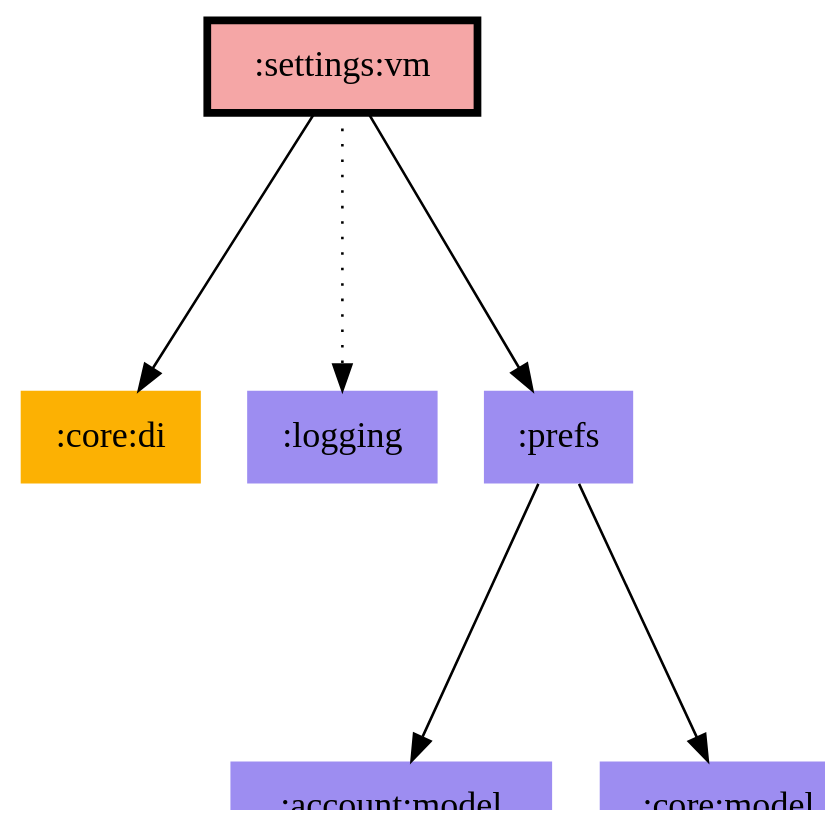
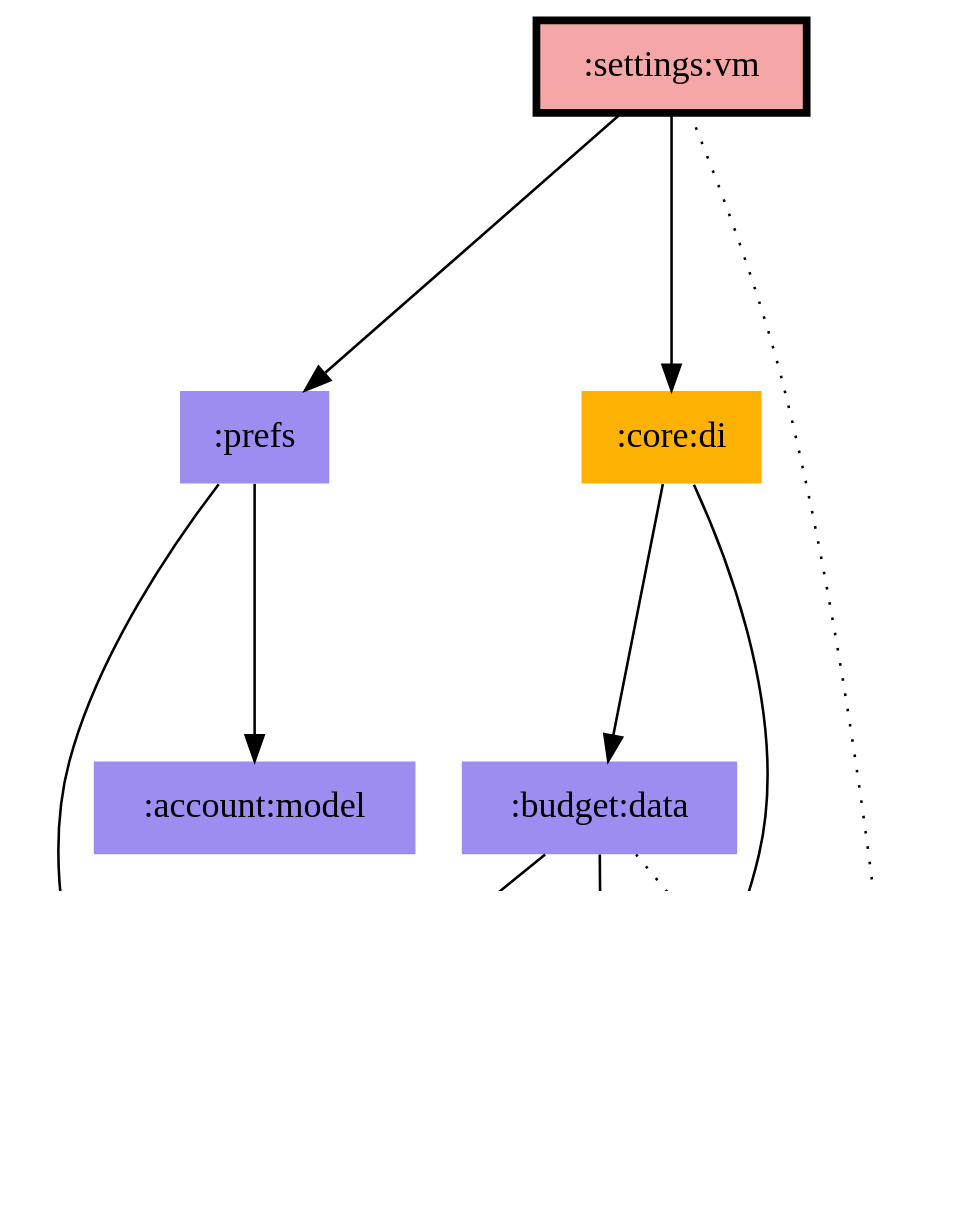
The diagram in modules/settings/vm/modules.dot (jonapoul/aktual), drawn with Graphviz before and after one commit. The commit also changed 101 other files, not shown here.

Commit message:
budget:di -> core:di

```diff
--- a/modules/settings/vm/modules.dot
+++ b/modules/settings/vm/modules.dot
@@ -1,16 +1,23 @@
 digraph {
 edge ["dir"="forward"]
 graph ["dpi"="100","fontsize"="30","ranksep"="1.5","rankdir"="TB"]
 node ["style"="filled"]
 ":account:model" ["fillcolor"="#9D8DF1","shape"="none"]
+":budget:data" ["fillcolor"="#9D8DF1","shape"="none"]
+":budget:model" ["fillcolor"="#9D8DF1","shape"="none"]
 ":core:di" ["fillcolor"="#FCB103","shape"="none"]
 ":core:model" ["fillcolor"="#9D8DF1","shape"="none"]
 ":logging" ["fillcolor"="#9D8DF1","shape"="none"]
 ":prefs" ["fillcolor"="#9D8DF1","shape"="none"]
 ":settings:vm" ["fillcolor"="#F5A6A6","color"="black","penwidth"="3","shape"="box"]
+":budget:data" -> ":budget:model"
+":budget:data" -> ":core:model"
+":budget:data" -> ":logging" ["style"="dotted"]
+":core:di" -> ":budget:data"
+":core:di" -> ":budget:model"
 ":prefs" -> ":account:model"
 ":prefs" -> ":core:model"
 ":settings:vm" -> ":core:di"
 ":settings:vm" -> ":logging" ["style"="dotted"]
 ":settings:vm" -> ":prefs"
 }
```
